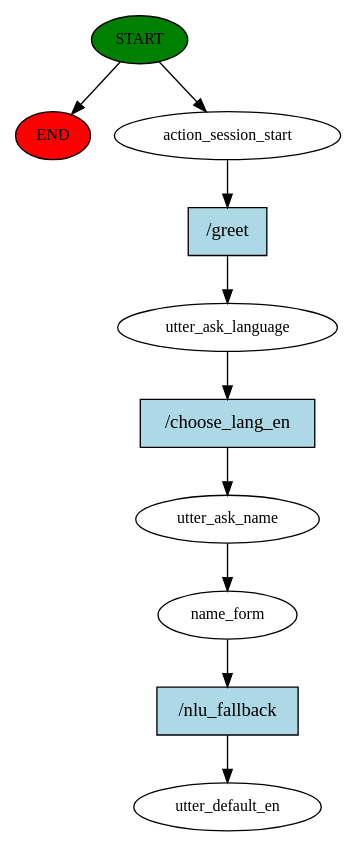
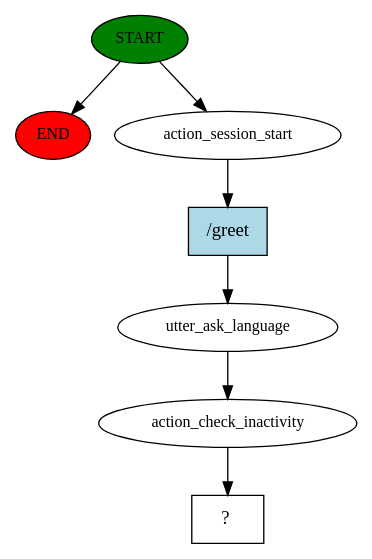
One commit to ShananSaravanan/i-PLH_Chatbot changed the diagram in story_graph.dot. Above: the diagram before and after it, drawn with Graphviz. The commit also changed 256 other files, not shown here.

```diff
--- a/story_graph.dot
+++ b/story_graph.dot
@@ -1,21 +1,15 @@
 digraph  {
 0 [class="start active", fillcolor=green, fontsize=12, label=START, style=filled];
 "-1" [class=end, fillcolor=red, fontsize=12, label=END, style=filled];
 1 [class=active, fontsize=12, label=action_session_start];
 2 [class=active, fontsize=12, label=utter_ask_language];
-3 [class=active, fontsize=12, label=utter_ask_name];
-4 [class=active, fontsize=12, label=name_form];
-5 [class="dashed active", fontsize=12, label=utter_default_en];
-6 [class="intent active", fillcolor=lightblue, label="/greet", shape=rect, style=filled];
-7 [class="intent active", fillcolor=lightblue, label="/choose_lang_en", shape=rect, style=filled];
-8 [class="intent active", fillcolor=lightblue, label="/nlu_fallback", shape=rect, style=filled];
+3 [class=active, fontsize=12, label=action_check_inactivity];
+4 [class="intent dashed active", label="  ?  ", shape=rect];
+5 [class="intent active", fillcolor=lightblue, label="/greet", shape=rect, style=filled];
 0 -> "-1"  [class="", key=NONE, label=""];
 0 -> 1  [class=active, key=NONE, label=""];
-1 -> 6  [class=active, key=0];
-2 -> 7  [class=active, key=0];
+1 -> 5  [class=active, key=0];
+2 -> 3  [class=active, key=NONE, label=""];
 3 -> 4  [class=active, key=NONE, label=""];
-4 -> 8  [class=active, key=0];
-6 -> 2  [class=active, key=0];
-7 -> 3  [class=active, key=0];
-8 -> 5  [class=active, key=0];
+5 -> 2  [class=active, key=0];
 }
```
